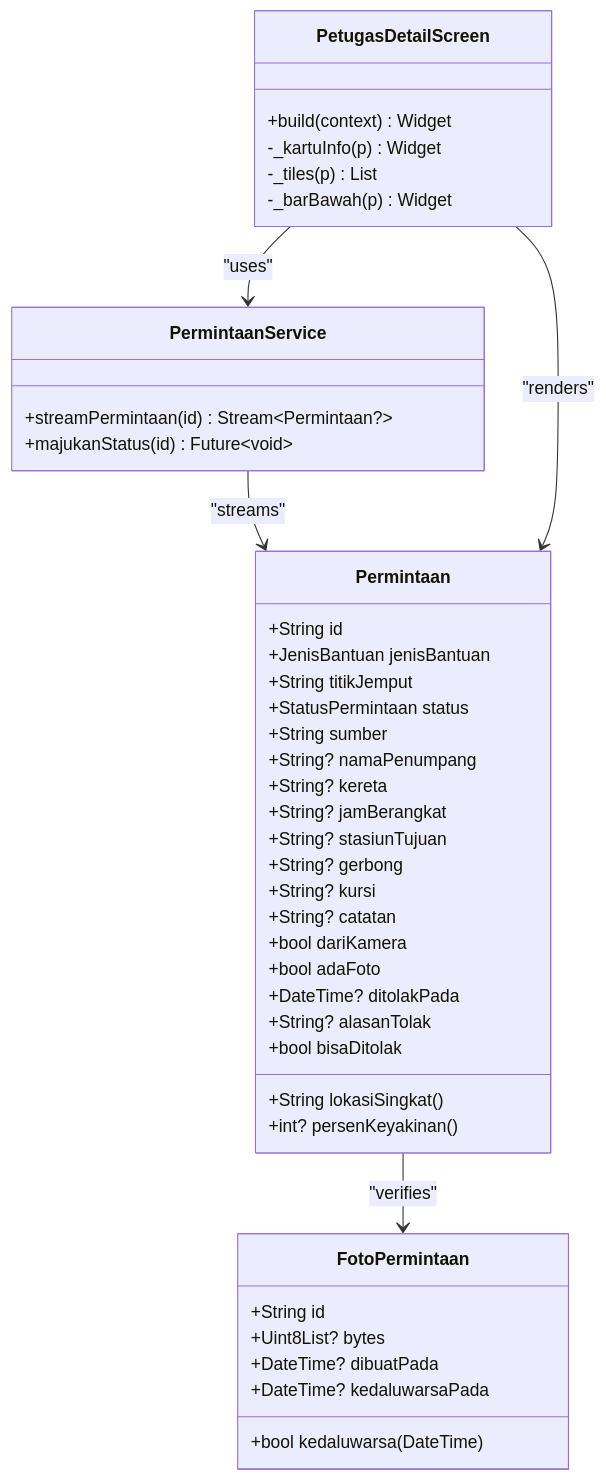
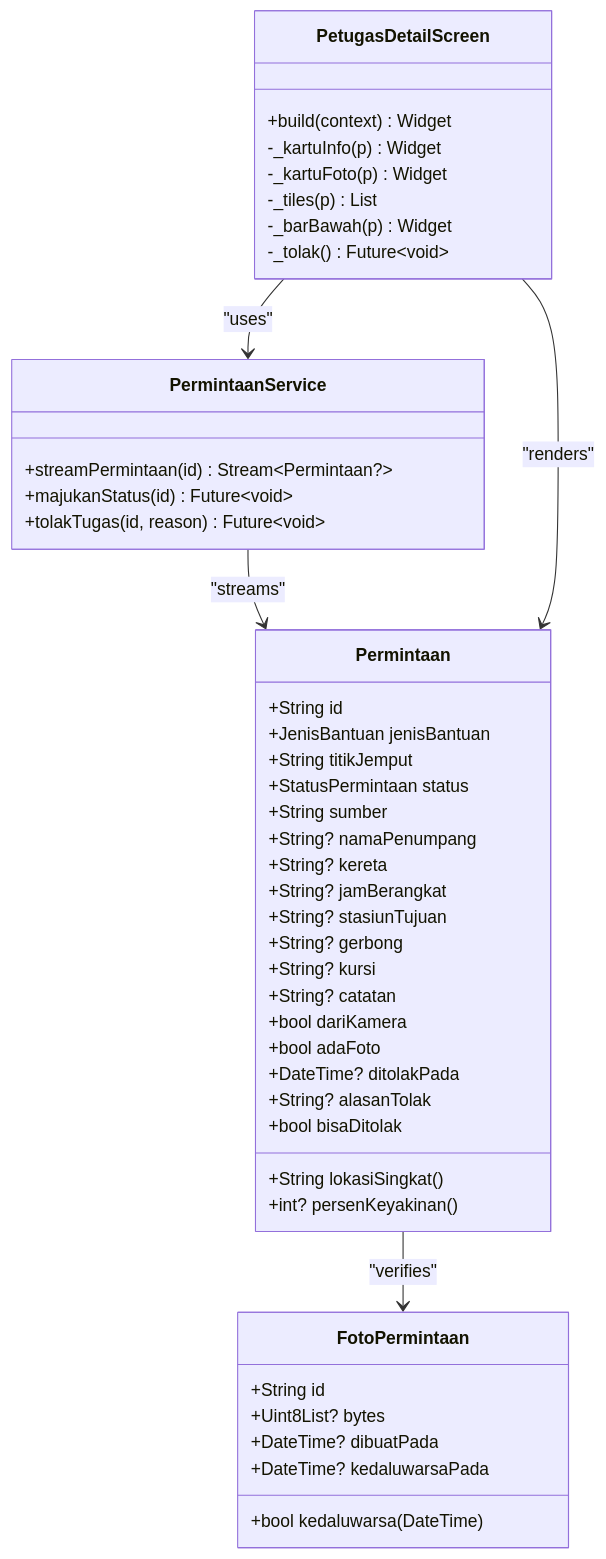
One commit to rdsarjito/whoosh-ramah changed the fourth of 8 diagrams in .qoder/repowiki/en/content/Mobile Application/Staff Workflow/Task Detail Screen.md. Above: the diagram before and after it, drawn with Mermaid. The commit also changed other lines of this file and 18 other files, not shown here.

````diff
--- a/.qoder/repowiki/en/content/Mobile Application/Staff Workflow/Task Detail Screen.md
+++ b/.qoder/repowiki/en/content/Mobile Application/Staff Workflow/Task Detail Screen.md
@@ -195,45 +214,48 @@
 ```mermaid
 classDiagram
 class Permintaan {
 +String id
 +JenisBantuan jenisBantuan
 +String titikJemput
 +StatusPermintaan status
 +String sumber
 +String? namaPenumpang
 +String? kereta
 +String? jamBerangkat
 +String? stasiunTujuan
 +String? gerbong
 +String? kursi
 +String? catatan
 +bool dariKamera
 +bool adaFoto
 +DateTime? ditolakPada
 +String? alasanTolak
 +bool bisaDitolak
 +String lokasiSingkat()
 +int? persenKeyakinan()
 }
 class FotoPermintaan {
 +String id
 +Uint8List? bytes
 +DateTime? dibuatPada
 +DateTime? kedaluwarsaPada
 +bool kedaluwarsa(DateTime)
 }
 class PermintaanService {
 +streamPermintaan(id) Stream~Permintaan?~
 +majukanStatus(id) Future~void~
++tolakTugas(id, reason) Future~void~
 }
 class PetugasDetailScreen {
 +build(context) Widget
 -_kartuInfo(p) Widget
+-_kartuFoto(p) Widget
 -_tiles(p) List
 -_barBawah(p) Widget
+-_tolak() Future~void~
 }
 PermintaanService --> Permintaan : "streams"
 PetugasDetailScreen --> Permintaan : "renders"
 PetugasDetailScreen --> PermintaanService : "uses"
 Permintaan --> FotoPermintaan : "verifies"
 ```
````
